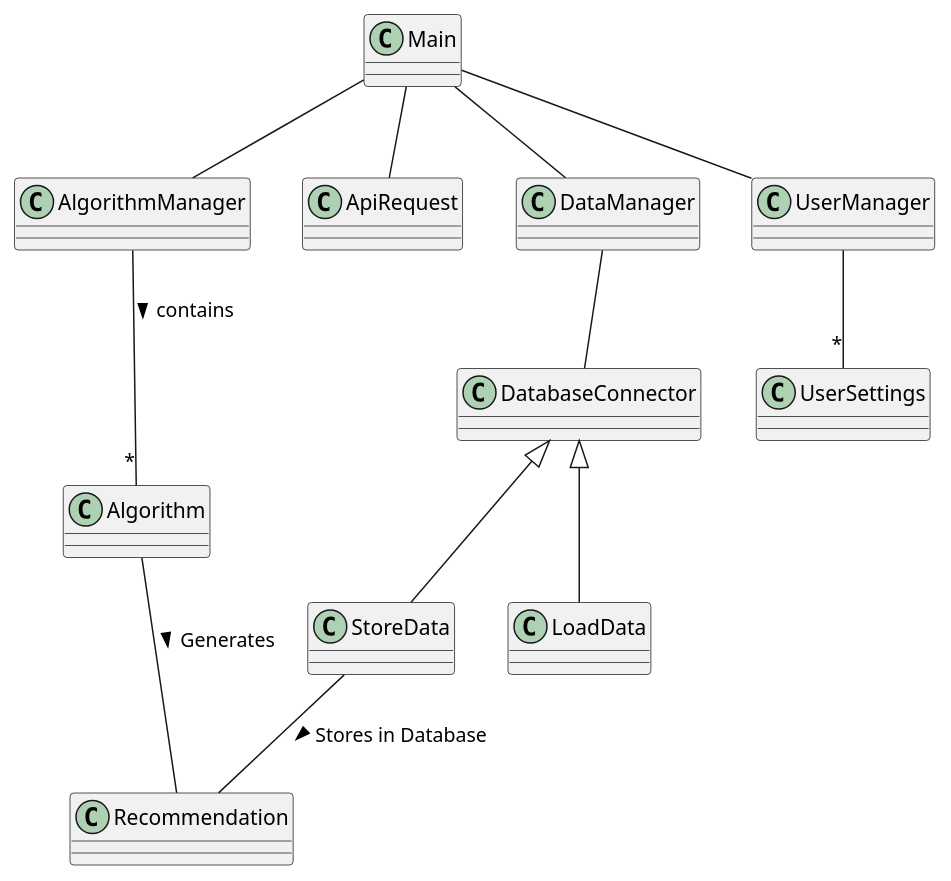
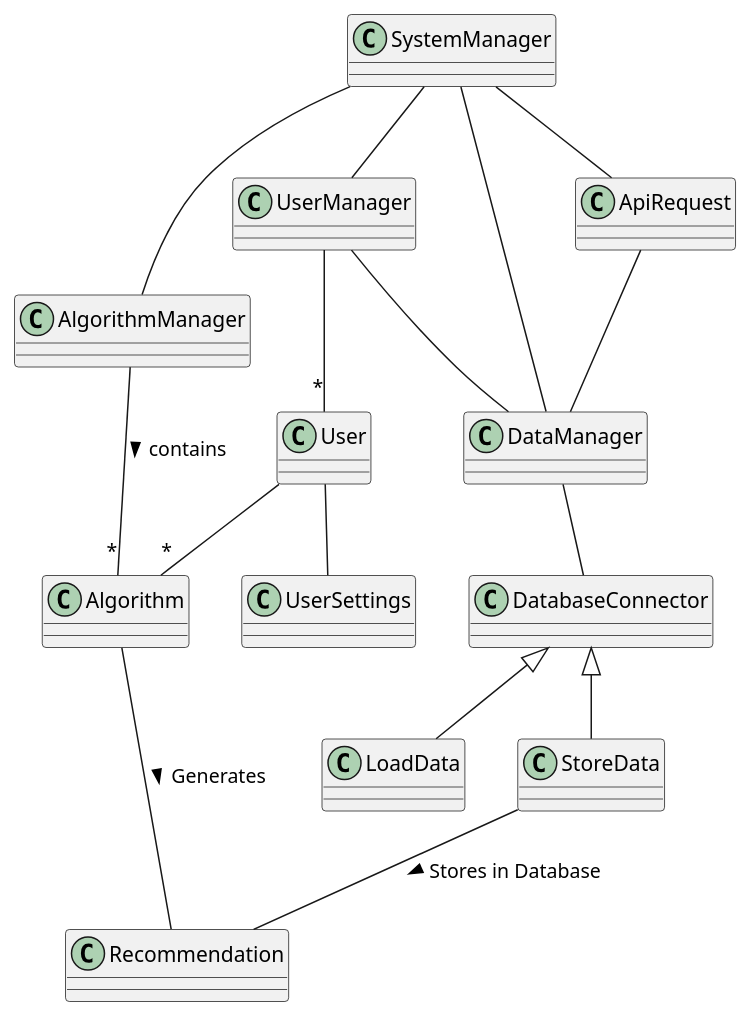
One commit to JesperEllis/PA2576 changed the diagram in Design/domain_model.plantuml. Above: the diagram before and after it, drawn with PlantUML. The commit also changed 2 other files, not shown here.

```diff
--- a/Design/domain_model.plantuml
+++ b/Design/domain_model.plantuml
@@ -1,16 +1,18 @@
 @startuml Domain model
 
-Main -- AlgorithmManager
+SystemManager -- AlgorithmManager
 AlgorithmManager -- "*" Algorithm: contains >
 Algorithm -- Recommendation: Generates >
-Main -- ApiRequest
-Main -- DataManager
+SystemManager -- ApiRequest
+SystemManager -- DataManager
 DataManager -- DatabaseConnector
 DatabaseConnector <|-- StoreData
 DatabaseConnector <|-- LoadData
 StoreData -- Recommendation: Stores in Database >
-Main -- UserManager
-UserManager --"*" UserSettings
-
-
+SystemManager -- UserManager
+UserManager --"*" User
+User -- UserSettings
+UserManager -- DataManager
+User --"*" Algorithm
+ApiRequest -- DataManager
 @enduml
```
